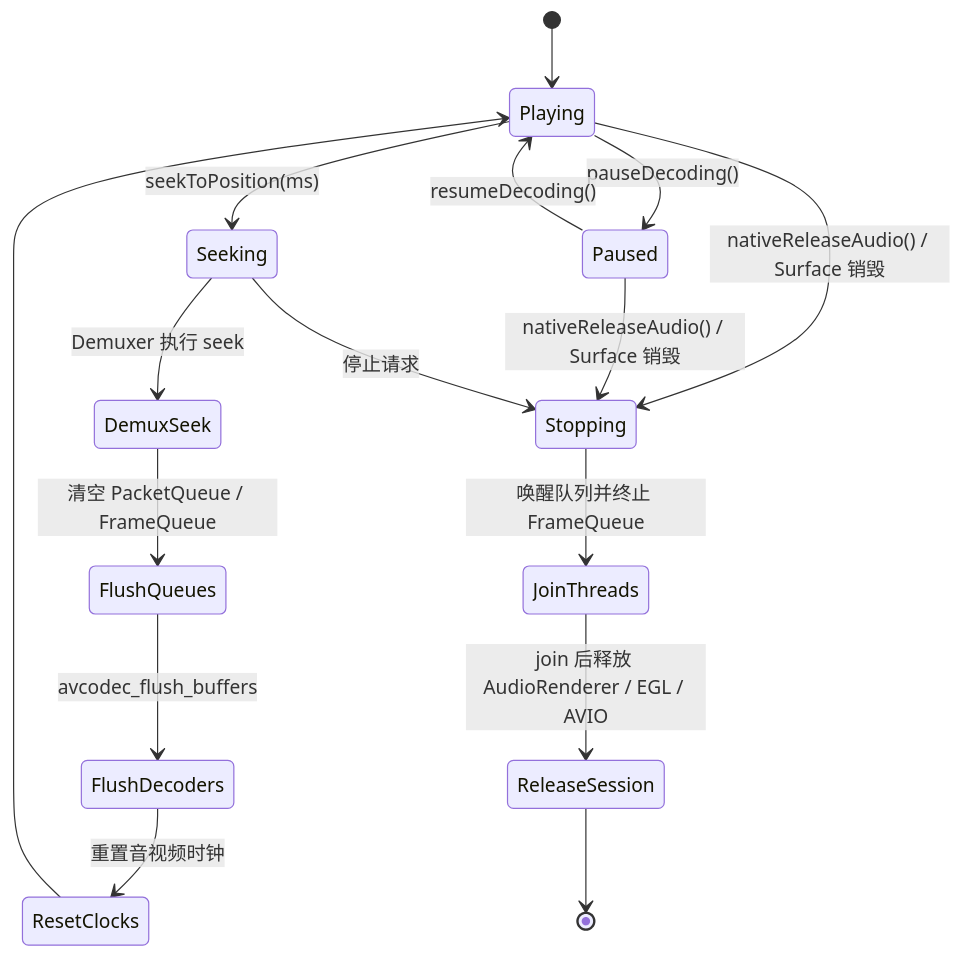
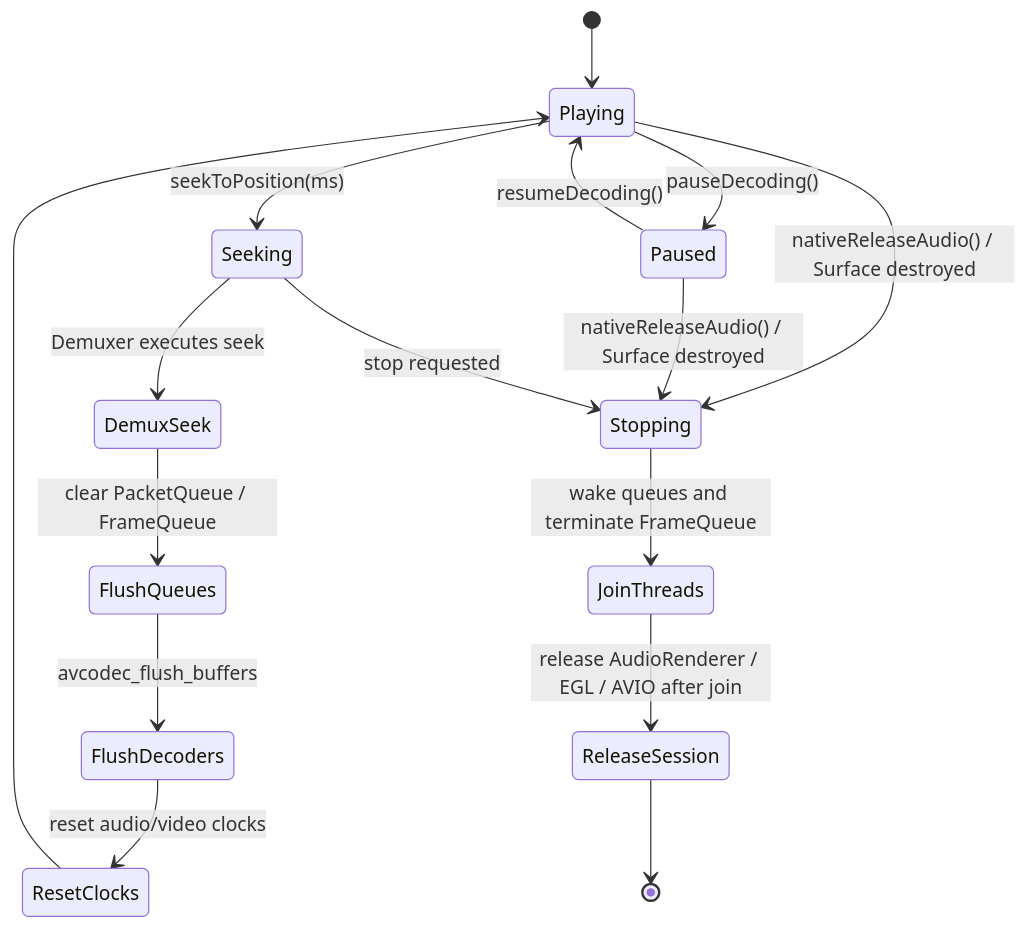
Before and after one commit to Skyline7190/VideoDecoder: the fourth of 6 diagrams in README.md, drawn with Mermaid. The commit also changed other lines of this file and 21 other files, not shown here.

````diff
--- a/README.md
+++ b/README.md
@@ -305,20 +290,20 @@
 ```mermaid
 stateDiagram-v2
     [*] --> Playing
     Playing --> Seeking: seekToPosition(ms)
-    Seeking --> DemuxSeek: Demuxer 执行 seek
-    DemuxSeek --> FlushQueues: 清空 PacketQueue / FrameQueue
+    Seeking --> DemuxSeek: Demuxer executes seek
+    DemuxSeek --> FlushQueues: clear PacketQueue / FrameQueue
     FlushQueues --> FlushDecoders: avcodec_flush_buffers
-    FlushDecoders --> ResetClocks: 重置音视频时钟
+    FlushDecoders --> ResetClocks: reset audio/video clocks
     ResetClocks --> Playing
 
     Playing --> Paused: pauseDecoding()
     Paused --> Playing: resumeDecoding()
 
-    Playing --> Stopping: nativeReleaseAudio() / Surface 销毁
-    Paused --> Stopping: nativeReleaseAudio() / Surface 销毁
-    Seeking --> Stopping: 停止请求
-    Stopping --> JoinThreads: 唤醒队列并终止 FrameQueue
-    JoinThreads --> ReleaseSession: join 后释放 AudioRenderer / EGL / AVIO
+    Playing --> Stopping: nativeReleaseAudio() / Surface destroyed
+    Paused --> Stopping: nativeReleaseAudio() / Surface destroyed
+    Seeking --> Stopping: stop requested
+    Stopping --> JoinThreads: wake queues and terminate FrameQueue
+    JoinThreads --> ReleaseSession: release AudioRenderer / EGL / AVIO after join
     ReleaseSession --> [*]
 ```
````
